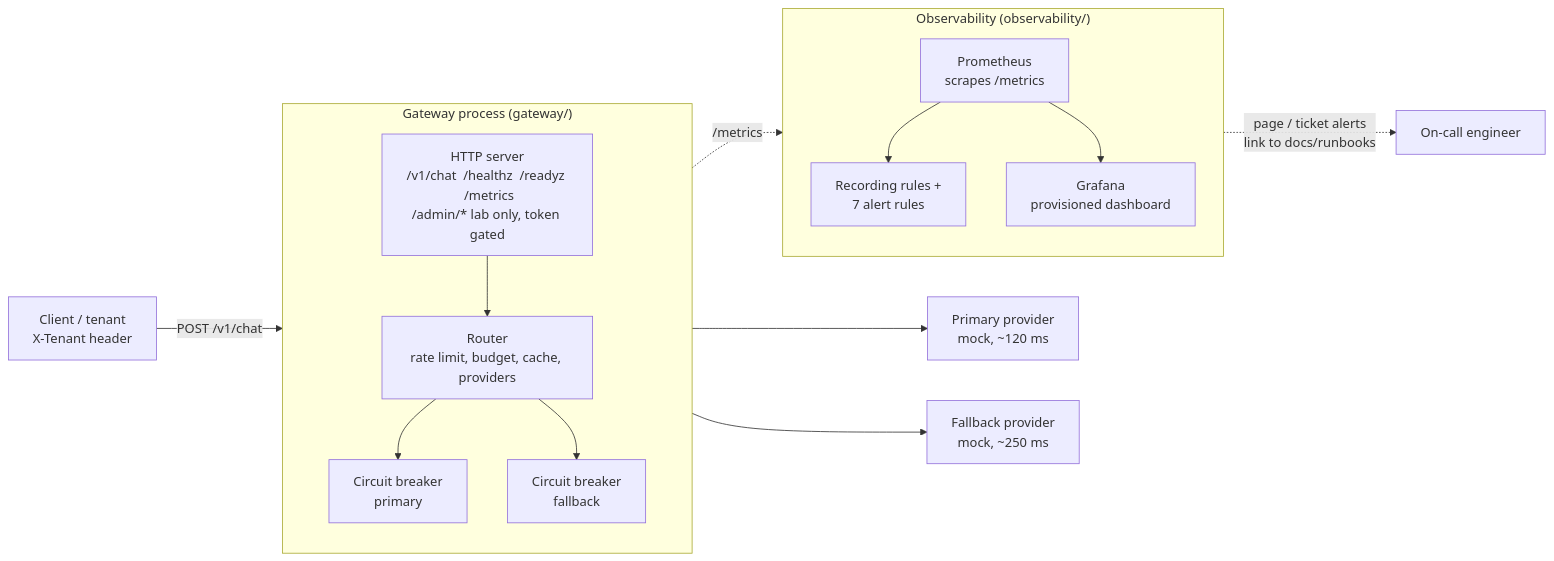
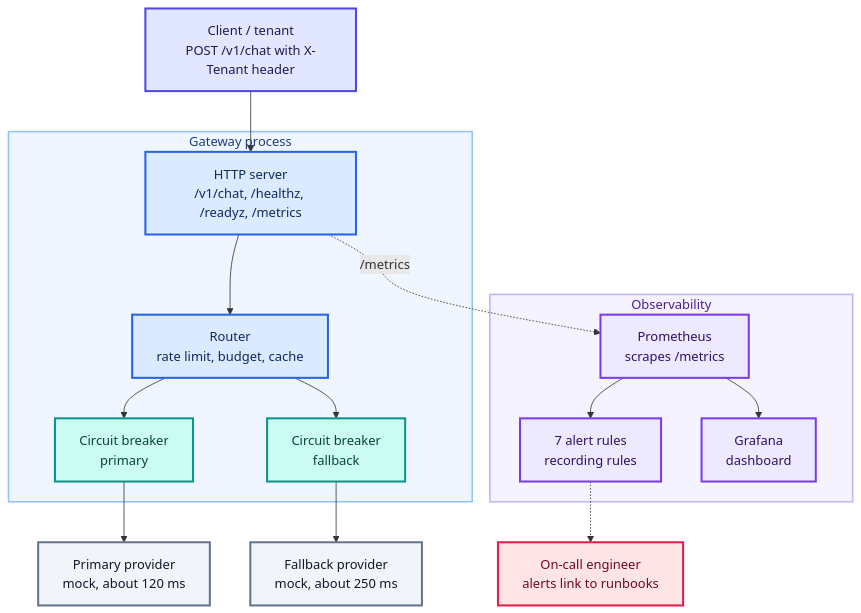
One commit to Joxejaime/Projects-2026 changed the diagram in projects/ai-reliability-platform/docs/schematics/01-architecture.mmd. Above: the diagram before and after it, drawn with Mermaid. The commit also changed 62 other files, not shown here.

First line of the commit message:
Colour the schematics and add LinkedIn cards and carousels

```diff
--- a/projects/ai-reliability-platform/docs/schematics/01-architecture.mmd
+++ b/projects/ai-reliability-platform/docs/schematics/01-architecture.mmd
@@ -1,33 +1,46 @@
 %% title: System architecture
+%% headline: An AI gateway built to keep answering when a provider fails
+%% takeaway: Rate limits, budgets, cache, two providers, metrics and SLO alerts in one small service.
+%% legend: entry=Client,app=Gateway,guard=Circuit breakers,neutral=External provider,obs=Observability,alert=On-call
 %% caption: What runs where. The gateway is one stdlib Python process; Prometheus scrapes it and evaluates the SLO rules in observability/rules/slo.yml, Grafana reads Prometheus. Providers are mocks.
-flowchart LR
-    client["Client / tenant<br/>X-Tenant header"]
-
-    subgraph gw["Gateway process (gateway/)"]
-        direction TB
-        http["HTTP server<br/>/v1/chat  /healthz  /readyz  /metrics<br/>/admin/* lab only, token gated"]
-        core["Router<br/>rate limit, budget, cache, providers"]
+flowchart TB
+    client["Client / tenant<br/>POST /v1/chat with X-Tenant header"]
+    subgraph gw["Gateway process"]
+        http["HTTP server<br/>/v1/chat, /healthz, /readyz, /metrics"]
+        core["Router<br/>rate limit, budget, cache"]
         pbrk["Circuit breaker<br/>primary"]
         fbrk["Circuit breaker<br/>fallback"]
         http --> core
         core --> pbrk
         core --> fbrk
     end
-
-    primary["Primary provider<br/>mock, ~120 ms"]
-    fallback["Fallback provider<br/>mock, ~250 ms"]
-
-    subgraph obs["Observability (observability/)"]
-        direction TB
+    primary["Primary provider<br/>mock, about 120 ms"]
+    fallback["Fallback provider<br/>mock, about 250 ms"]
+    subgraph obs["Observability"]
         prom["Prometheus<br/>scrapes /metrics"]
-        rules["Recording rules +<br/>7 alert rules"]
-        graf["Grafana<br/>provisioned dashboard"]
+        rules["7 alert rules<br/>recording rules"]
+        graf["Grafana<br/>dashboard"]
         prom --> rules
         prom --> graf
     end
-
-    client -->|"POST /v1/chat"| http
+    oncall["On-call engineer<br/>alerts link to runbooks"]
+    client --> http
     pbrk --> primary
     fbrk --> fallback
     http -. "/metrics" .-> prom
-    rules -. "page / ticket alerts<br/>link to docs/runbooks" .-> oncall["On-call engineer"]
+    rules -.-> oncall
+
+    classDef entry fill:#E0E7FF,stroke:#4F46E5,stroke-width:2.5px,color:#1E1B4B
+    classDef app fill:#DBEAFE,stroke:#2563EB,stroke-width:2.5px,color:#0B2A5B
+    classDef guard fill:#CCFBF1,stroke:#0D9488,stroke-width:2.5px,color:#04443F
+    classDef obs fill:#EDE9FE,stroke:#7C3AED,stroke-width:2.5px,color:#2E1065
+    classDef alert fill:#FFE4E6,stroke:#E11D48,stroke-width:2.5px,color:#6B0A20
+    classDef neutral fill:#F1F5F9,stroke:#64748B,stroke-width:2.5px,color:#0F172A
+    class client entry
+    class http,core app
+    class pbrk,fbrk guard
+    class primary,fallback neutral
+    class prom,rules,graf obs
+    class oncall alert
+    style gw fill:#EFF6FF,stroke:#93C5FD,stroke-width:2px,color:#1E3A8A
+    style obs fill:#F5F3FF,stroke:#C4B5FD,stroke-width:2px,color:#4C1D95
```
